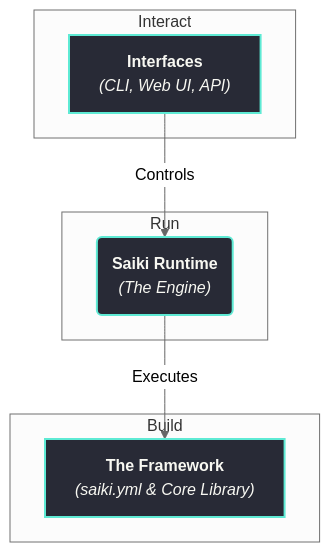
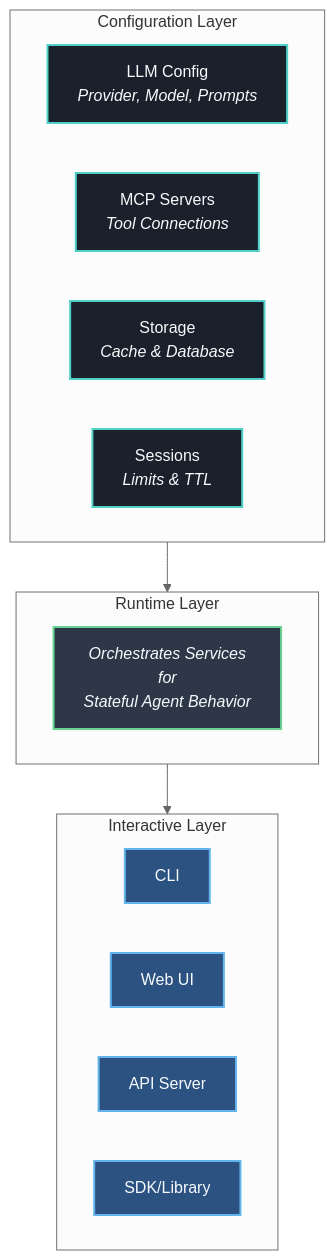
Before and after one commit to truffle-ai/saiki: the diagram in docs/docs/getting-started/intro.md, drawn with Mermaid (neutral theme). The commit also changed other lines of this file and 1 other file, not shown here.

Commit message:
updated to runtime terminology

````diff
--- a/docs/docs/getting-started/intro.md
+++ b/docs/docs/getting-started/intro.md
@@ -11,20 +22,31 @@
 ```mermaid
-graph TD
-    subgraph "Interact"
-        A["<b>Interfaces</b><br><i>(CLI, Web UI, API)</i>"]
+flowchart TD
+    subgraph Config ["Configuration Layer"]
+        A[LLM Config<br/><i>Provider, Model, Prompts</i>]
+        B[MCP Servers<br/><i>Tool Connections</i>]
+        C[Storage<br/><i>Cache & Database</i>]
+        D[Sessions<br/><i>Limits & TTL</i>]
     end
     
-    subgraph "Run"
-        B("<b>Saiki Runtime</b><br><i>(The Engine)</i>")
+    subgraph Runtime ["Runtime Layer"]
+        E[<i>Orchestrates Services<br/>for<br/>Stateful Agent Behavior</i>]
     end
+    
+    subgraph Interactive ["Interactive Layer"]
+        F[CLI]
+        G[Web UI]
+        H[API Server]
+        I[SDK/Library]
+    end
+    
+    Config --> Runtime
+    Runtime --> Interactive
 
-    subgraph "Build"
-        C["<b>The Framework</b><br><i>(saiki.yml & Core Library)</i>"]
-    end
-
-    A -- "Controls" --> B
-    B -- "Executes" --> C
-
-    classDef darkNode fill:#282a36,stroke:#5eead4,stroke-width:2px,color:#f8f8f2;
-    class A,B,C darkNode;
+    classDef configNode fill:#1a202c,stroke:#4fd1c7,stroke-width:2px,color:#f7fafc
+    classDef runtimeNode fill:#2d3748,stroke:#68d391,stroke-width:2px,color:#f7fafc
+    classDef interactiveNode fill:#2c5282,stroke:#63b3ed,stroke-width:2px,color:#f7fafc
+    
+    class A,B,C,D configNode
+    class E runtimeNode
+    class F,G,H,I interactiveNode
 ```
````
